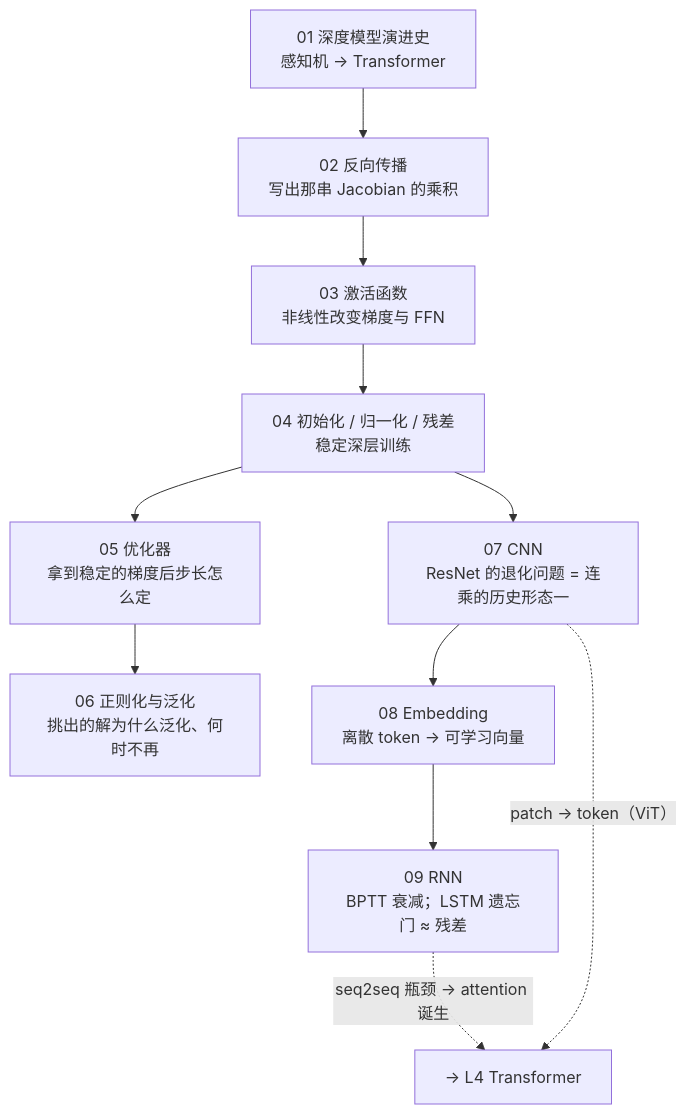
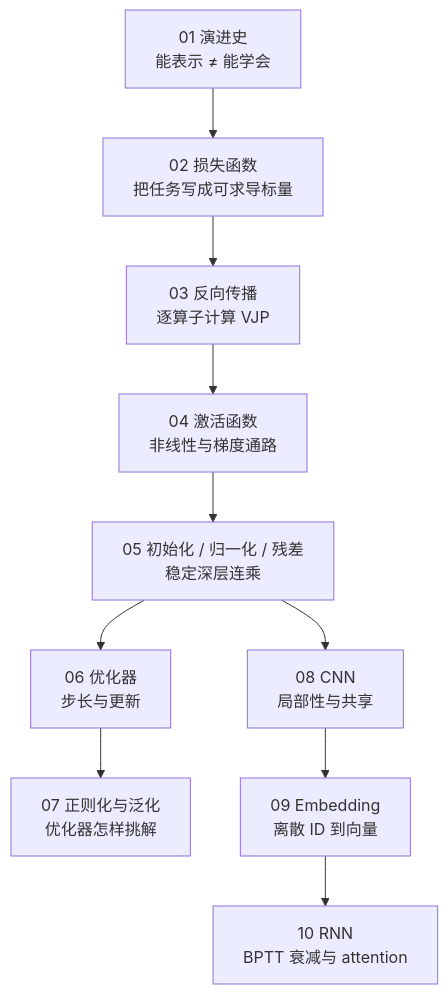
Before and after one commit to arganzheng/arganzheng.github.com: the diagram in slides/2026-03-29-deep-learning-foundations.md, drawn with Mermaid. The commit also changed other lines of this file, not shown here.

Commit message:
深度学习基础幻灯片同步重写系列：九篇→十篇正文（补 02 损失函数），全部改为图+一行结论，编号/链接/误区按现文刷新

````diff
--- a/slides/2026-03-29-deep-learning-foundations.md
+++ b/slides/2026-03-29-deep-learning-foundations.md
@@ -30,14 +44,8 @@
 ```mermaid
 %%{init: {"flowchart": {"wrappingWidth": 190}}}%%
 flowchart TB
-    H["01 深度模型演进史<br/>感知机 → Transformer"] --> D1["02 反向传播<br/>写出那串 Jacobian 的乘积"]
-    D1 --> D2["03 激活函数<br/>非线性改变梯度与 FFN"]
-    D2 --> D3["04 初始化 / 归一化 / 残差<br/>稳定深层训练"]
-    D3 --> D4["05 优化器<br/>拿到稳定的梯度后步长怎么定"]
-    D4 --> D5["06 正则化与泛化<br/>挑出的解为什么泛化、何时不再"]
-    D3 --> D6["07 CNN<br/>ResNet 的退化问题 = 连乘的历史形态一"]
-    D6 --> D7["08 Embedding<br/>离散 token → 可学习向量"]
-    D7 --> D8["09 RNN<br/>BPTT 衰减；LSTM 遗忘门 ≈ 残差"]
-    D8 -. "seq2seq 瓶颈 → attention 诞生" .-> T["→ L4 Transformer"]
-    D6 -. "patch → token（ViT）" .-> T
+    A["01 演进史<br/>能表示 ≠ 能学会"] --> B["02 损失函数<br/>把任务写成可求导标量"] --> C["03 反向传播<br/>逐算子计算 VJP"]
+    C --> D["04 激活函数<br/>非线性与梯度通路"] --> E["05 初始化 / 归一化 / 残差<br/>稳定深层连乘"] --> F["06 优化器<br/>步长与更新"]
+    F --> G["07 正则化与泛化<br/>优化器怎样挑解"]
+    E --> H["08 CNN<br/>局部性与共享"] --> I["09 Embedding<br/>离散 ID 到向量"] --> J["10 RNN<br/>BPTT 衰减与 attention"]
 ```
````
